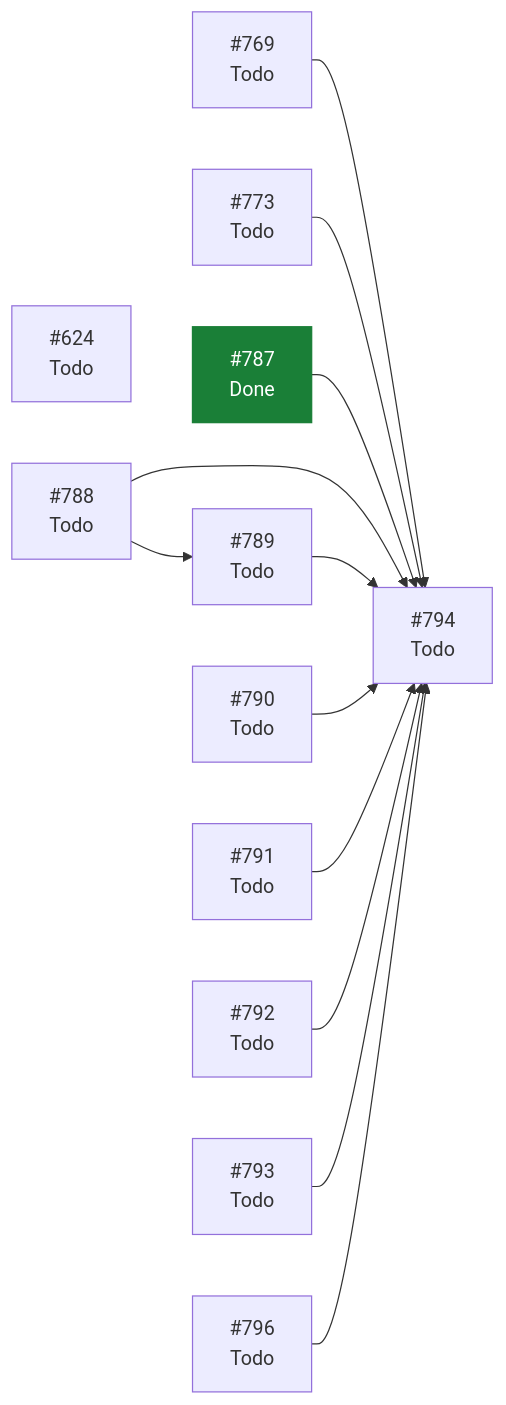
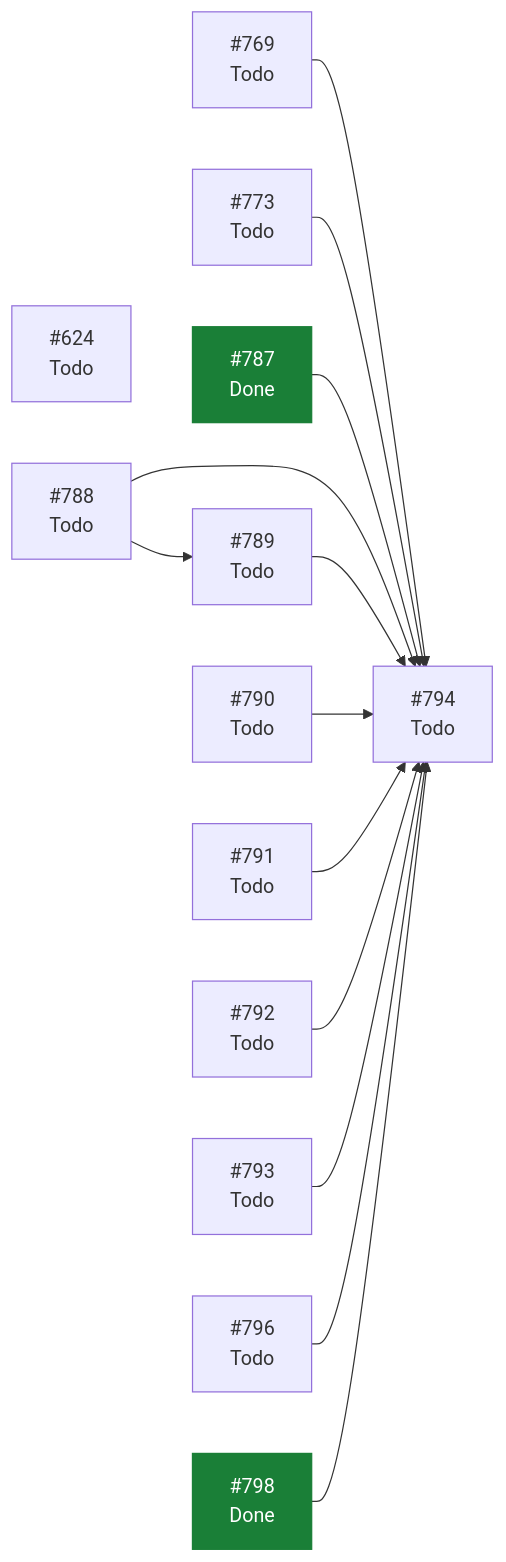
The diagram in docs/planning/STATUS.md (ecamp0s/evault), drawn with Mermaid before and after one commit. The commit also changed other lines of this file, not shown here.

````diff
--- a/docs/planning/STATUS.md
+++ b/docs/planning/STATUS.md
@@ -96,28 +97,30 @@
 ```mermaid
 graph LR
   I624["#624<br/>Todo"]
   I769["#769<br/>Todo"]
   I773["#773<br/>Todo"]
   I787["#787<br/>Done"]
   I788["#788<br/>Todo"]
   I789["#789<br/>Todo"]
   I790["#790<br/>Todo"]
   I791["#791<br/>Todo"]
   I792["#792<br/>Todo"]
   I793["#793<br/>Todo"]
   I794["#794<br/>Todo"]
   I796["#796<br/>Todo"]
+  I798["#798<br/>Done"]
   I769 --> I794
   I773 --> I794
   I787 --> I794
   I788 --> I789
   I788 --> I794
   I789 --> I794
   I790 --> I794
   I791 --> I794
   I792 --> I794
   I793 --> I794
   I796 --> I794
+  I798 --> I794
   classDef hecho fill:#1a7f37,stroke:#1a7f37,color:#fff;
-  class I787 hecho;
+  class I787,I798 hecho;
 ```
````
